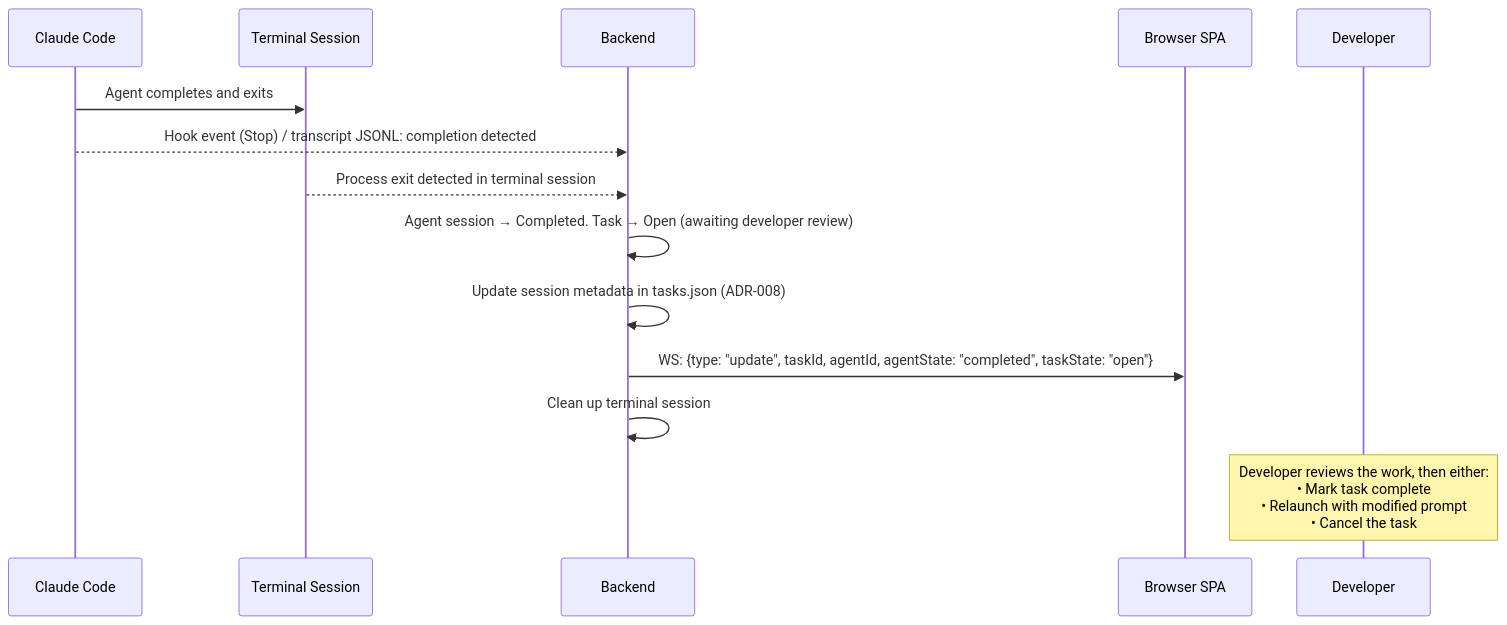
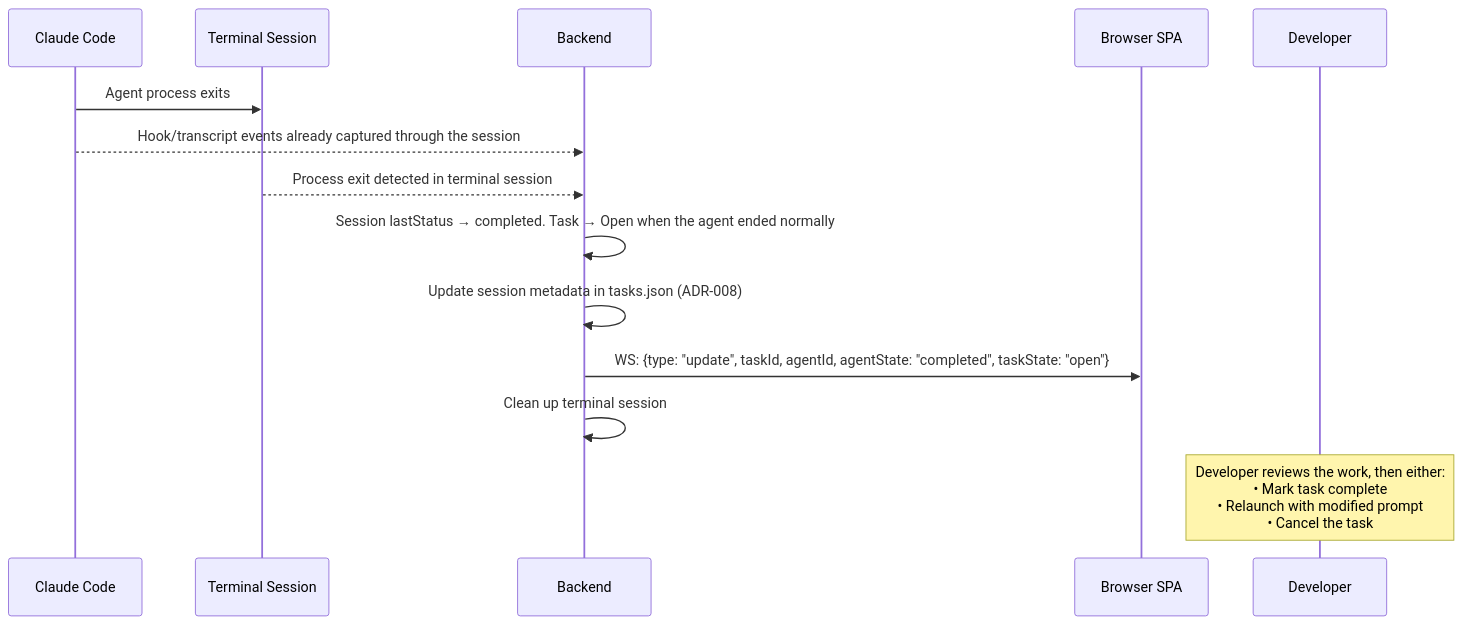
Before and after one commit to kookr-ai/kookr: the fifth of 7 diagrams in docs/system-models/04-runtime-interactions.md, drawn with Mermaid. The commit also changed other lines of this file and 23 other files, not shown here.

Commit message:
docs: reconcile architecture models with implementation

````diff
--- a/docs/system-models/04-runtime-interactions.md
+++ b/docs/system-models/04-runtime-interactions.md
@@ -117,17 +116,17 @@
 ```mermaid
 sequenceDiagram
   participant CC as Claude Code
   participant Term as Terminal Session
   participant BE as Backend
   participant SPA as Browser SPA
   participant Dev as Developer
 
-  CC->>Term: Agent completes and exits
-  CC-->>BE: Hook event (Stop) / transcript JSONL: completion detected
+  CC->>Term: Agent process exits
+  CC-->>BE: Hook/transcript events already captured through the session
   Term-->>BE: Process exit detected in terminal session
-  BE->>BE: Agent session → Completed. Task → Open (awaiting developer review)
+  BE->>BE: Session lastStatus → completed. Task → Open when the agent ended normally
   BE->>BE: Update session metadata in tasks.json (ADR-008)
   BE->>SPA: WS: {type: "update", taskId, agentId, agentState: "completed", taskState: "open"}
   BE->>BE: Clean up terminal session
   Note over Dev: Developer reviews the work, then either:<br/>• Mark task complete<br/>• Relaunch with modified prompt<br/>• Cancel the task
 ```
````
